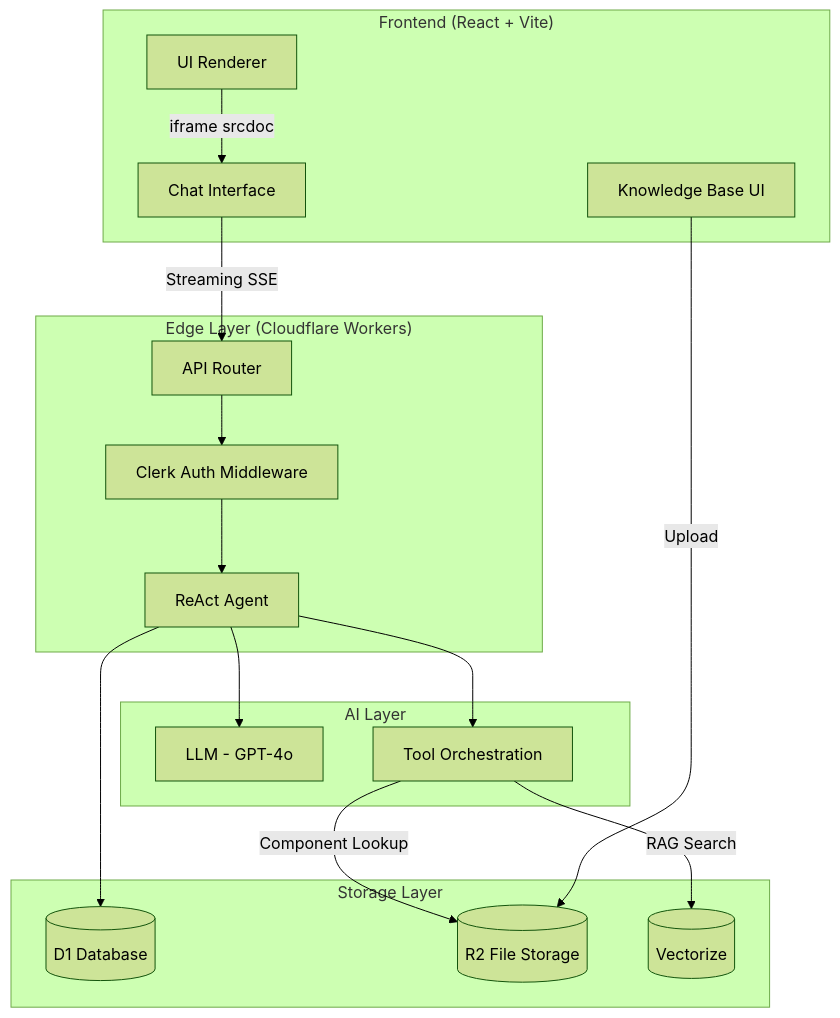
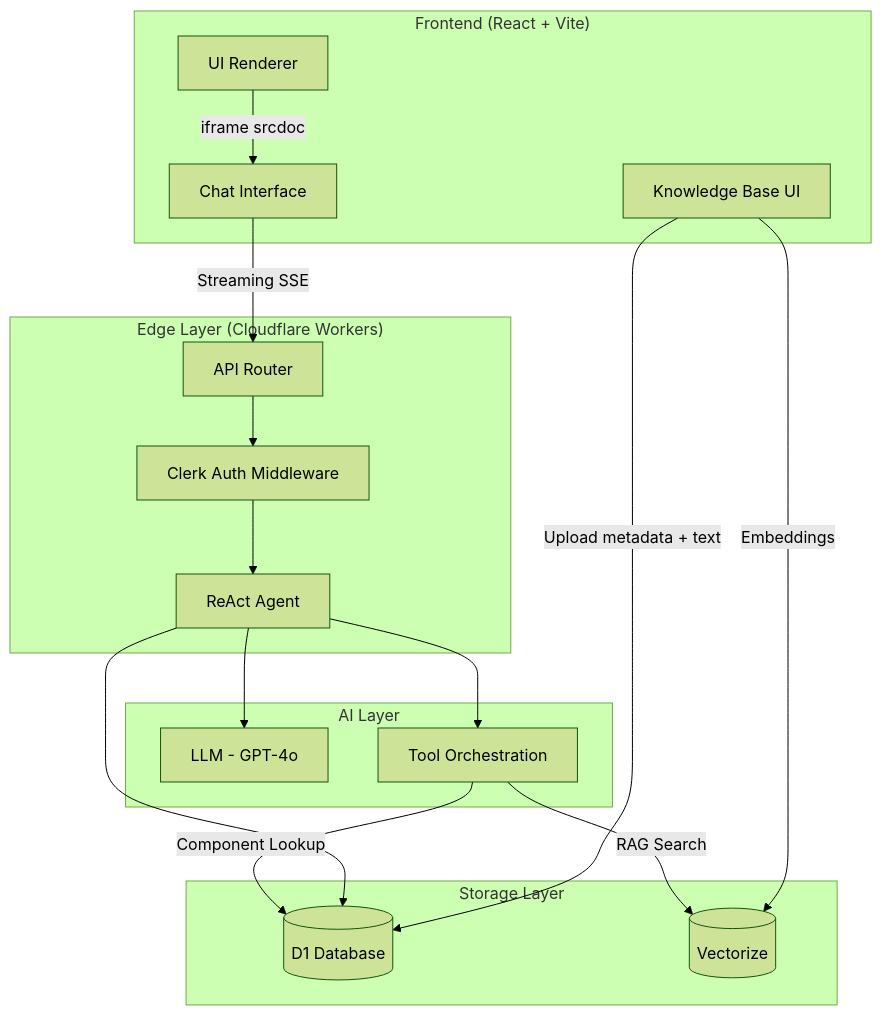
Before and after one commit to Nandan-D14/Generative-UI-chatbot: the first of 7 diagrams in README.md, drawn with Mermaid (forest theme). The commit also changed other lines of this file and 25 other files, not shown here.

````diff
--- a/README.md
+++ b/README.md
@@ -23,36 +23,36 @@
 ```mermaid
 flowchart TB
     subgraph Client["Frontend (React + Vite)"]
         UI[Chat Interface]
         Renderer[UI Renderer]
         KBUI[Knowledge Base UI]
     end
 
     subgraph Edge["Edge Layer (Cloudflare Workers)"]
         Auth[Clerk Auth Middleware]
         Router[API Router]
         Agent[ReAct Agent]
     end
 
     subgraph AI["AI Layer"]
         LLM["LLM - GPT-4o"]
         Tools[Tool Orchestration]
     end
 
     subgraph Storage["Storage Layer"]
         D1[(D1 Database)]
-        R2[(R2 File Storage)]
         Vec[(Vectorize)]
     end
 
     UI -->|Streaming SSE| Router
     Router --> Auth
     Auth --> Agent
     Agent --> LLM
     Agent --> Tools
     Tools -->|RAG Search| Vec
-    Tools -->|Component Lookup| R2
+    Tools -->|Component Lookup| D1
     Agent --> D1
     Renderer -->|iframe srcdoc| UI
-    KBUI -->|Upload| R2
+    KBUI -->|Upload metadata + text| D1
+    KBUI -->|Embeddings| Vec
 ```
````
